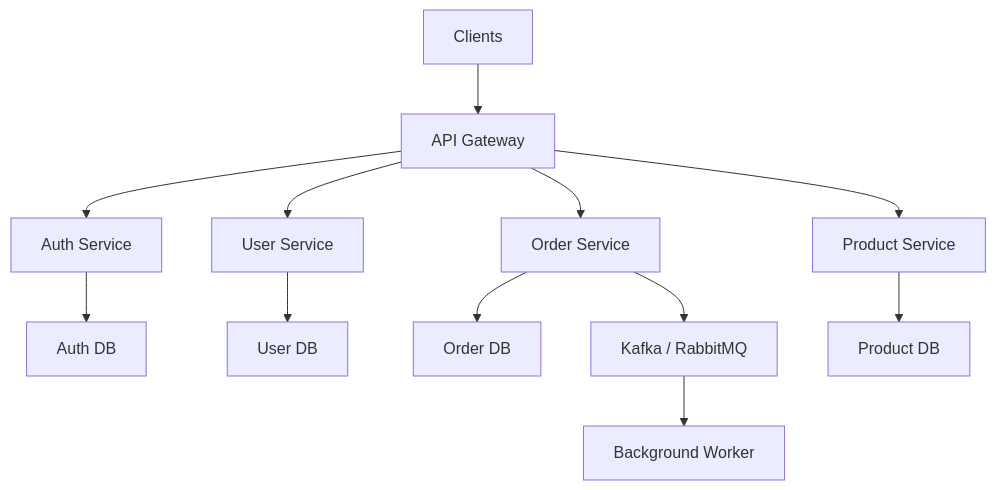
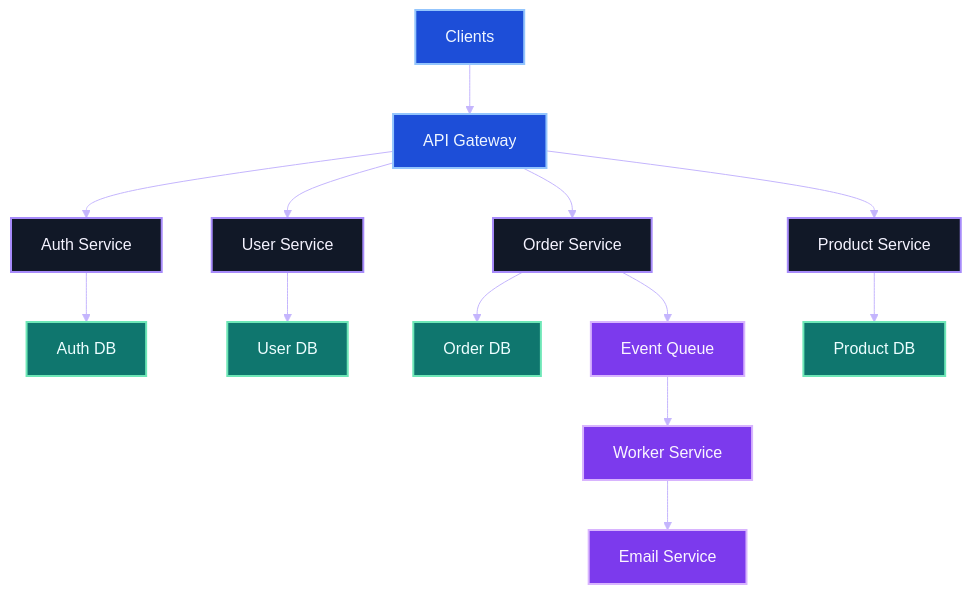
The fourth of 8 diagrams in ARCHITECTURE.md (quesiblaq442-del/architecture-diagram), drawn with Mermaid before and after one commit. The commit also changed other lines of this file, not shown here.

Commit message:
Give the architecture document a more 3D-inspired visual style

````diff
--- a/ARCHITECTURE.md
+++ b/ARCHITECTURE.md
@@ -94,16 +175,33 @@
 ```mermaid
-graph TB
-    Client["Clients"] --> GW["API Gateway"]
-    GW --> Auth["Auth Service"]
-    GW --> User["User Service"]
-    GW --> Order["Order Service"]
-    GW --> Product["Product Service"]
+%%{init: {'theme': 'base', 'themeVariables': {
+  'primaryColor': '#111827',
+  'primaryTextColor': '#f8fafc',
+  'primaryBorderColor': '#a78bfa',
+  'lineColor': '#c4b5fd'
+}} }%%
+flowchart TB
+    C["Clients"] --> GW["API Gateway"]
+    GW --> A["Auth Service"]
+    GW --> U["User Service"]
+    GW --> O["Order Service"]
+    GW --> P["Product Service"]
 
-    Auth --> AuthDB["Auth DB"]
-    User --> UserDB["User DB"]
-    Order --> OrderDB["Order DB"]
-    Product --> ProductDB["Product DB"]
+    A --> ADB["Auth DB"]
+    U --> UDB["User DB"]
+    O --> ODB["Order DB"]
+    P --> PDB["Product DB"]
 
-    Order --> MQ["Kafka / RabbitMQ"]
-    MQ --> Worker["Background Worker"]
+    O --> Q["Event Queue"]
+    Q --> W["Worker Service"]
+    W --> EMAIL["Email Service"]
+
+    classDef service fill:#111827,stroke:#a78bfa,color:#f5f3ff,stroke-width:2px;
+    classDef data fill:#0f766e,stroke:#6ee7b7,color:#ecfeff,stroke-width:2px;
+    classDef queue fill:#7c3aed,stroke:#d8b4fe,color:#faf5ff,stroke-width:2px;
+    classDef client fill:#1d4ed8,stroke:#93c5fd,color:#eff6ff,stroke-width:2px;
+
+    class C,GW client;
+    class A,U,O,P service;
+    class ADB,UDB,ODB,PDB data;
+    class Q,W,EMAIL queue;
 ```
````
